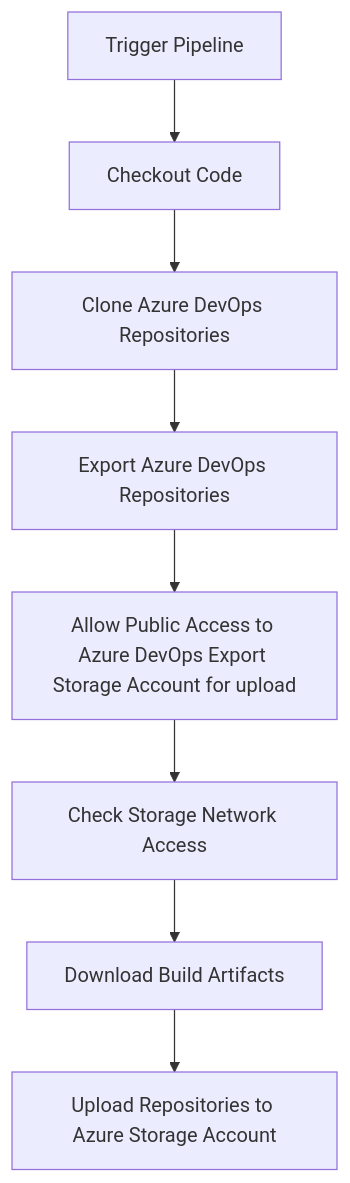
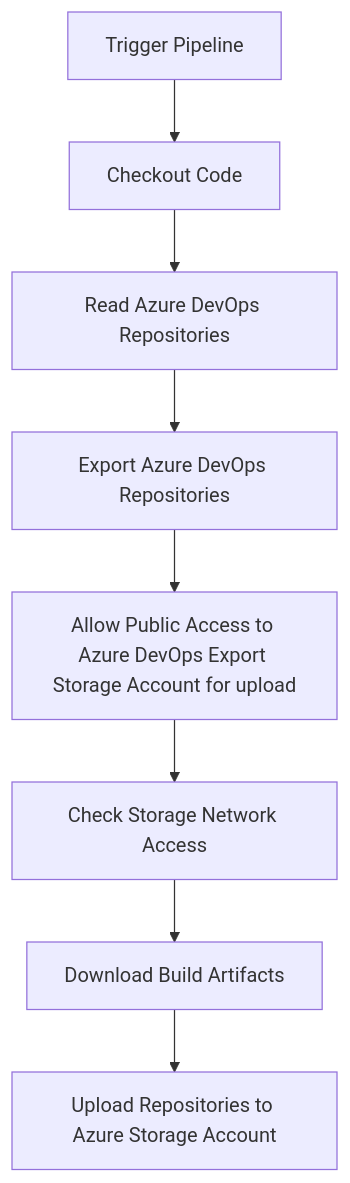
One commit to lukemurraynz/lukemurraynz.github.io changed the diagram in blog/2024-05-12-ado-export-stgaccount/index.mdx. Above: the diagram before and after it, drawn with Mermaid. The commit also changed other lines of this file, not shown here.

````diff
--- a/blog/2024-05-12-ado-export-stgaccount/index.mdx
+++ b/blog/2024-05-12-ado-export-stgaccount/index.mdx
@@ -50,10 +50,10 @@
 ```mermaid
 graph TD
   A[Trigger Pipeline] --> B[Checkout Code]
-  B --> C[Clone Azure DevOps Repositories]
+  B --> C[Read Azure DevOps Repositories]
   C --> G[Export Azure DevOps Repositories]
   G --> D[Allow Public Access to Azure DevOps Export Storage Account for upload]
   D --> E[Check Storage Network Access]
   E --> F[Download Build Artifacts]
   F --> H[Upload Repositories to Azure Storage Account]
 ```
````
